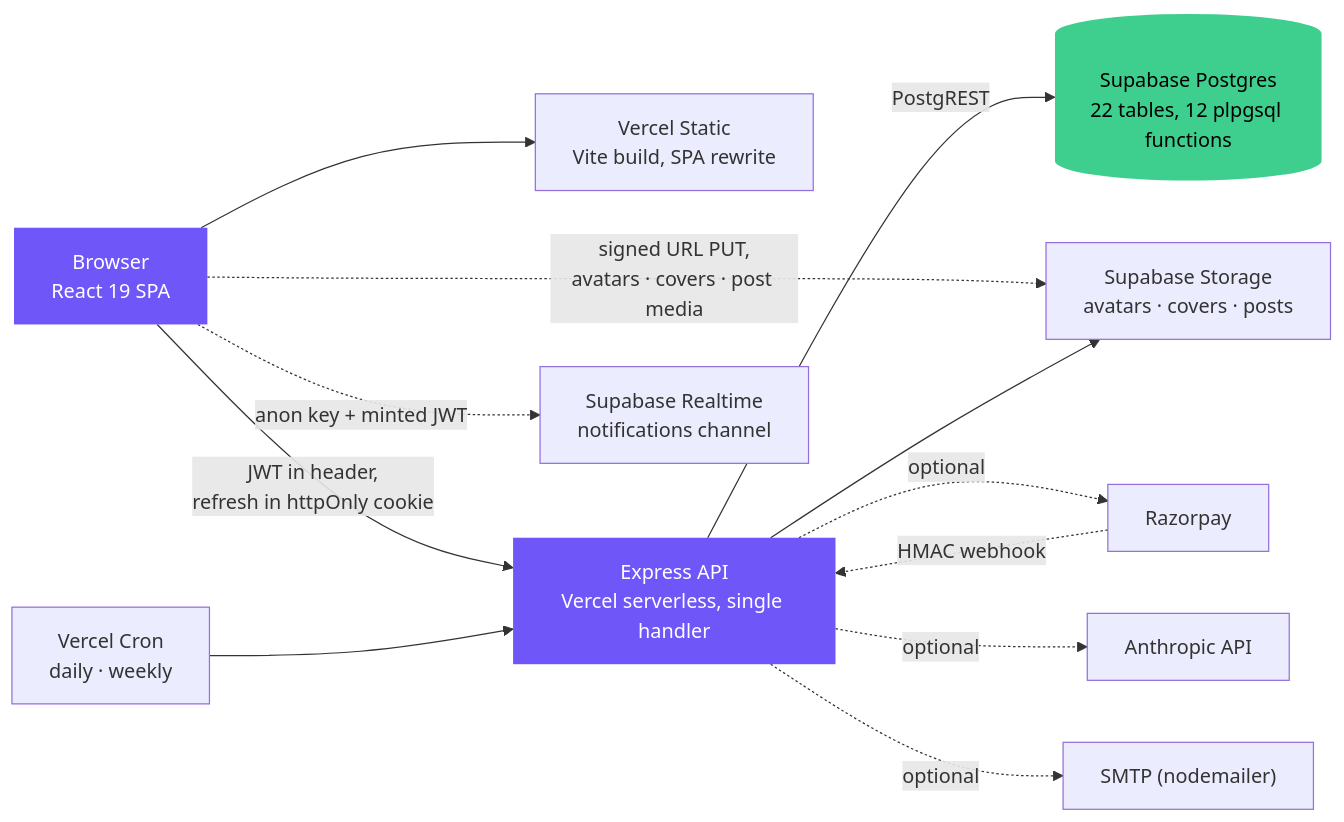
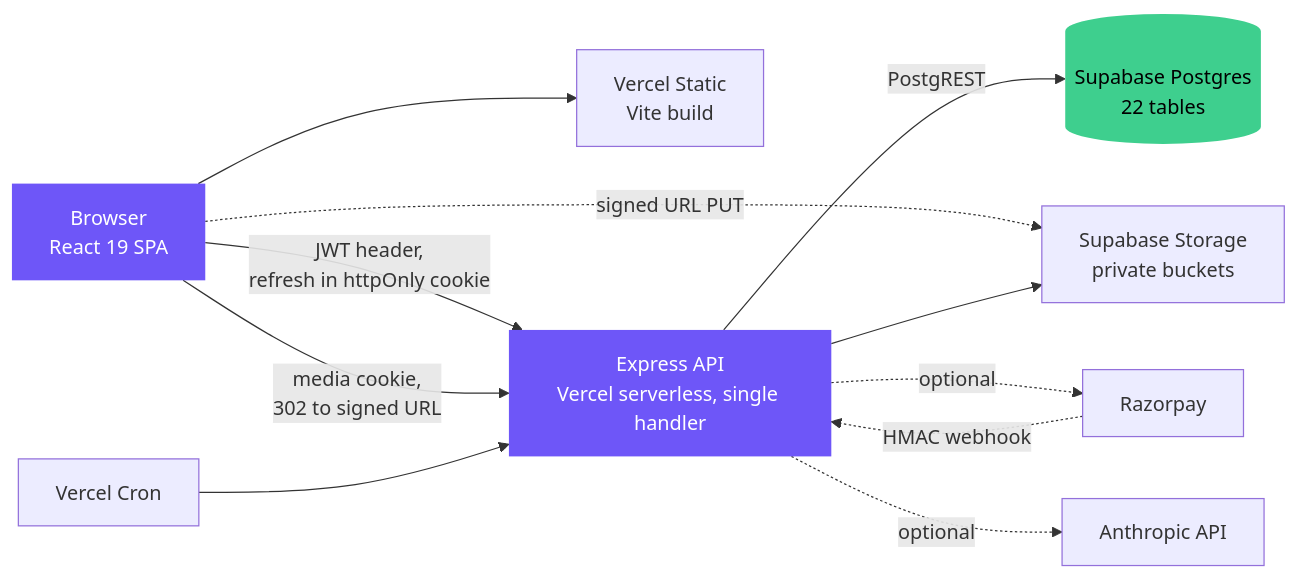
The diagram in README.md (vikramyadav1404/nexora), drawn with Mermaid before and after one commit. The commit also changed other lines of this file, not shown here.

````diff
--- a/README.md
+++ b/README.md
@@ -9,29 +9,26 @@
 ```mermaid
 flowchart LR
     B["Browser<br/>React 19 SPA"]
-    S["Vercel Static<br/>Vite build, SPA rewrite"]
+    S["Vercel Static<br/>Vite build"]
     A["Express API<br/>Vercel serverless, single handler"]
-    PG[("Supabase Postgres<br/>22 tables, 12 plpgsql functions")]
-    ST["Supabase Storage<br/>avatars · covers · posts"]
-    RT["Supabase Realtime<br/>notifications channel"]
-    CR["Vercel Cron<br/>daily · weekly"]
+    PG[("Supabase Postgres<br/>22 tables")]
+    ST["Supabase Storage<br/>private buckets"]
+    CR["Vercel Cron"]
     RZ["Razorpay"]
     AN["Anthropic API"]
-    SM["SMTP (nodemailer)"]
 
     B --> S
-    B -->|"JWT in header,<br/>refresh in httpOnly cookie"| A
-    B -.->|"signed URL PUT,<br/>avatars · covers · post media"| ST
-    B -.->|"anon key + minted JWT"| RT
+    B -->|"JWT header,<br/>refresh in httpOnly cookie"| A
+    B -->|"media cookie,<br/>302 to signed URL"| A
+    B -.->|"signed URL PUT"| ST
     A -->|PostgREST| PG
     A --> ST
     A -.optional.-> RZ
     A -.optional.-> AN
-    A -.optional.-> SM
     RZ -.->|"HMAC webhook"| A
     CR --> A
 
     style B fill:#6E56F8,color:#fff,stroke:none
     style A fill:#6E56F8,color:#fff,stroke:none
     style PG fill:#3ECF8E,color:#000,stroke:none
 ```
````
